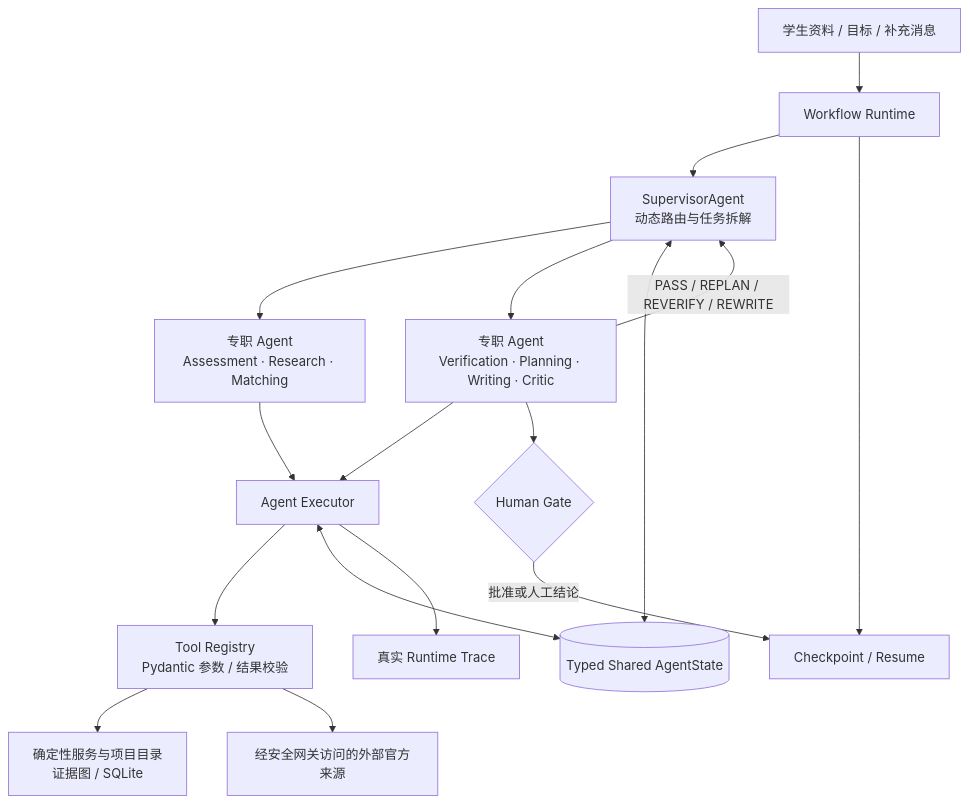
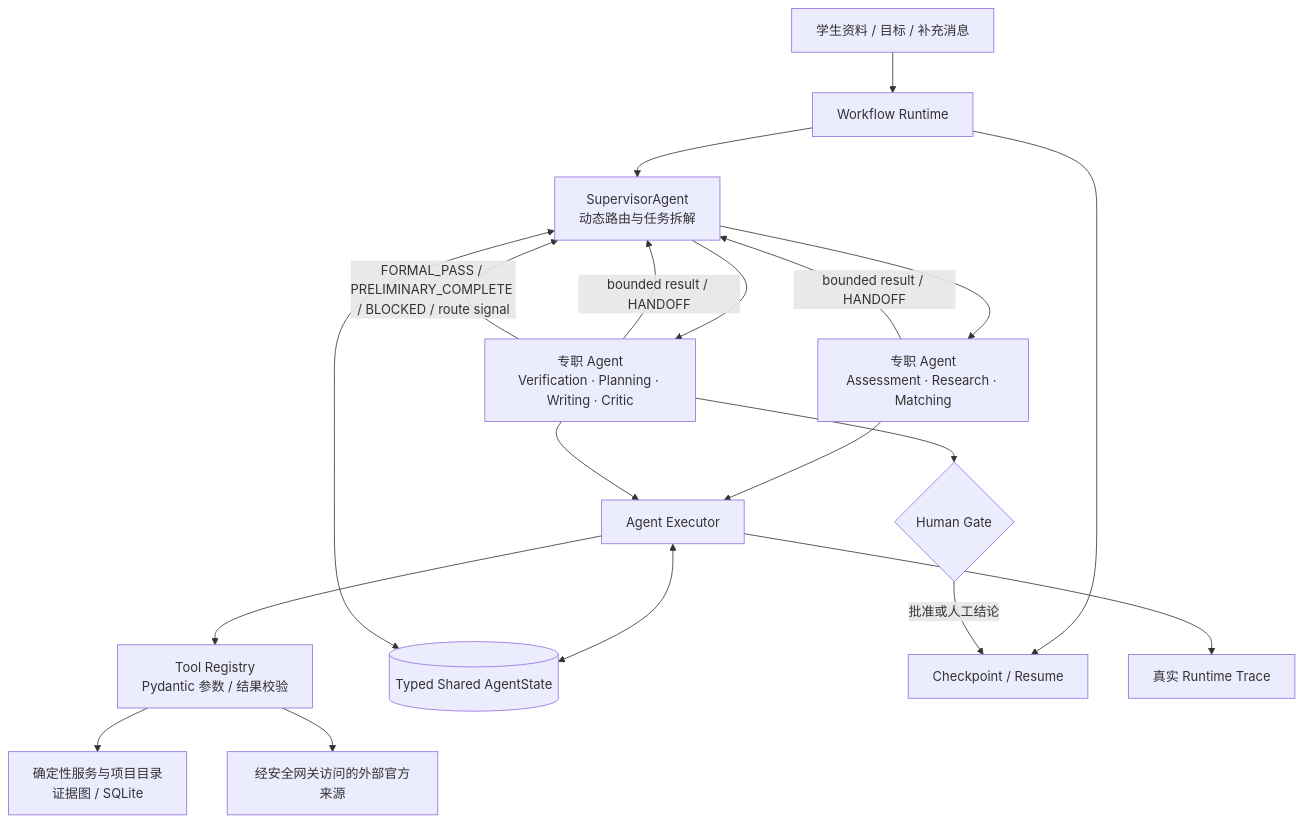
One commit to ZorIgn/HarborPilot-MultiAgent changed the diagram in README.md. Above: the diagram before and after it, drawn with Mermaid. The commit also changed other lines of this file and 56 other files, not shown here.

```diff
--- a/README.md
+++ b/README.md
@@ -30,19 +30,21 @@
 ~~~mermaid
 flowchart TB
     U["学生资料 / 目标 / 补充消息"] --> R["Workflow Runtime"]
     R --> S["SupervisorAgent<br/>动态路由与任务拆解"]
     S --> A["专职 Agent<br/>Assessment · Research · Matching"]
     S --> V["专职 Agent<br/>Verification · Planning · Writing · Critic"]
+    A -->|"bounded result / HANDOFF"| S
+    V -->|"bounded result / HANDOFF"| S
     A --> X["Agent Executor"]
     V --> X
     X --> T["Tool Registry<br/>Pydantic 参数 / 结果校验"]
     T --> D["确定性服务与项目目录<br/>证据图 / SQLite"]
     T --> O["经安全网关访问的外部官方来源"]
     X <--> ST[("Typed Shared AgentState")]
     S <--> ST
-    V -->|"PASS / REPLAN / REVERIFY / REWRITE"| S
+    V -->|"FORMAL_PASS / PRELIMINARY_COMPLETE / BLOCKED / route signal"| S
     R --> C["Checkpoint / Resume"]
     X --> TR["真实 Runtime Trace"]
     V --> H{"Human Gate"}
     H -->|"批准或人工结论"| C
 ~~~
```
